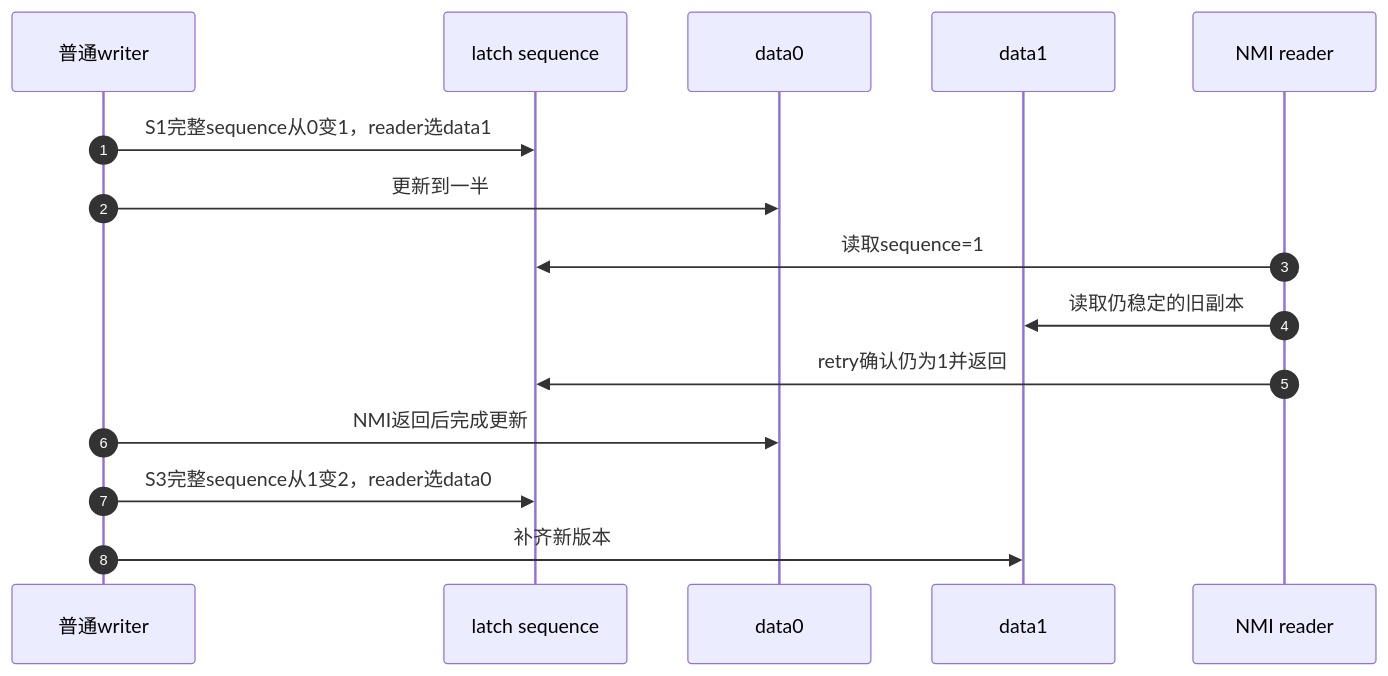
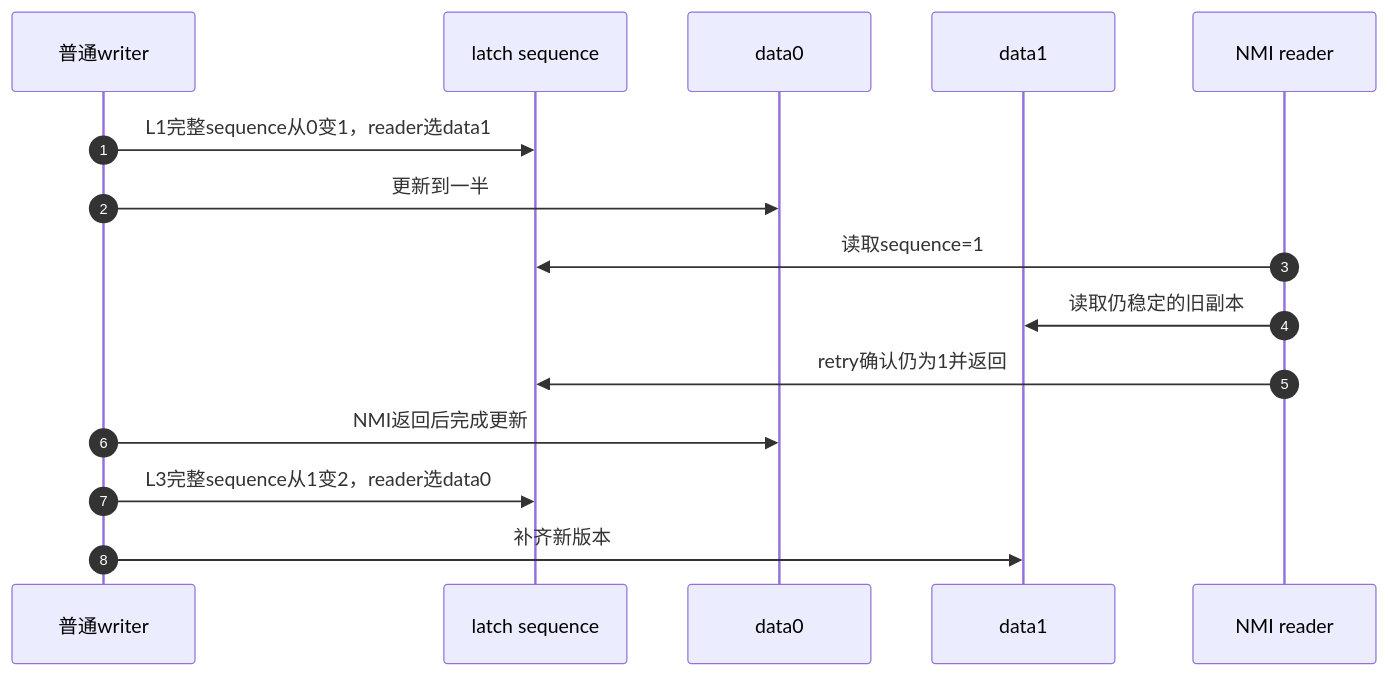
Before and after one commit to FormingSystem/linux_note: the second of 2 diagrams in knowledge/linux/synchronization_and_asynchrony/synchronization/sequence_counters/P04_seqcount_latch双副本状态机.md, drawn with Mermaid. The commit also changed other lines of this file and 11 other files, not shown here.

````diff
--- a/knowledge/linux/synchronization_and_asynchrony/synchronization/sequence_counters/P04_seqcount_latch双副本状态机.md
+++ b/knowledge/linux/synchronization_and_asynchrony/synchronization/sequence_counters/P04_seqcount_latch双副本状态机.md
@@ -54,18 +56,18 @@
 ```mermaid
 sequenceDiagram
     autonumber
     participant W as 普通writer
     participant S as latch sequence
     participant D0 as data0
     participant D1 as data1
     participant N as NMI reader
 
-    W->>S: S1完整sequence从0变1，reader选data1
+    W->>S: L1完整sequence从0变1，reader选data1
     W->>D0: 更新到一半
     N->>S: 读取sequence=1
     N->>D1: 读取仍稳定的旧副本
     N->>S: retry确认仍为1并返回
     W->>D0: NMI返回后完成更新
-    W->>S: S3完整sequence从1变2，reader选data0
+    W->>S: L3完整sequence从1变2，reader选data0
     W->>D1: 补齐新版本
 ```
````
